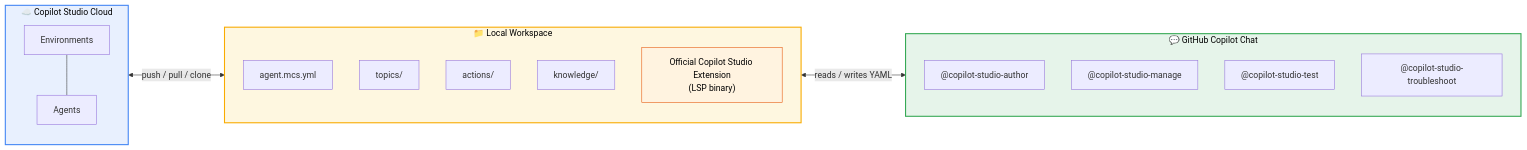
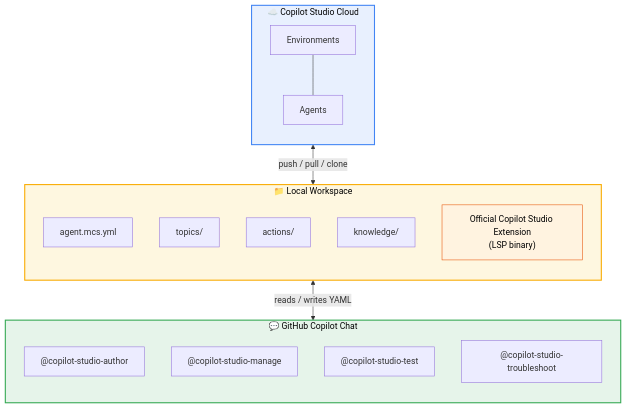
Before and after one commit to microsoft/skills-for-copilot-studio: the diagram in extension/docs/blog/blog-post.md, drawn with Mermaid.

Commit message:
re-orient the blog post architecture diagram for better readability

````diff
--- a/extension/docs/blog/blog-post.md
+++ b/extension/docs/blog/blog-post.md
@@ -25,34 +25,34 @@
 ```mermaid
-graph LR
+graph TB
     subgraph cloud["☁️ Copilot Studio Cloud"]
         direction TB
         envs["Environments"]
         agents_cloud["Agents"]
         envs --- agents_cloud
     end
 
     subgraph workspace["📁 Local Workspace"]
         direction TB
         agent_yml["agent.mcs.yml"]
         topics["topics/"]
         actions["actions/"]
         knowledge["knowledge/"]
         lsp["Official Copilot Studio Extension\n(LSP binary)"]
     end
 
     subgraph chat["💬 GitHub Copilot Chat"]
         direction TB
         author["@copilot-studio-author"]
         manage["@copilot-studio-manage"]
         test["@copilot-studio-test"]
         troubleshoot["@copilot-studio-troubleshoot"]
     end
 
     cloud <-- "push / pull / clone" --> workspace
     workspace <-- "reads / writes YAML" --> chat
 
     style cloud fill:#e8f0fe,stroke:#4285f4,stroke-width:2px,color:#000
     style workspace fill:#fef7e0,stroke:#f9ab00,stroke-width:2px,color:#000
     style chat fill:#e6f4ea,stroke:#34a853,stroke-width:2px,color:#000
     style lsp fill:#fff3e0,stroke:#e65100,stroke-width:1px,color:#000
 ```
````
